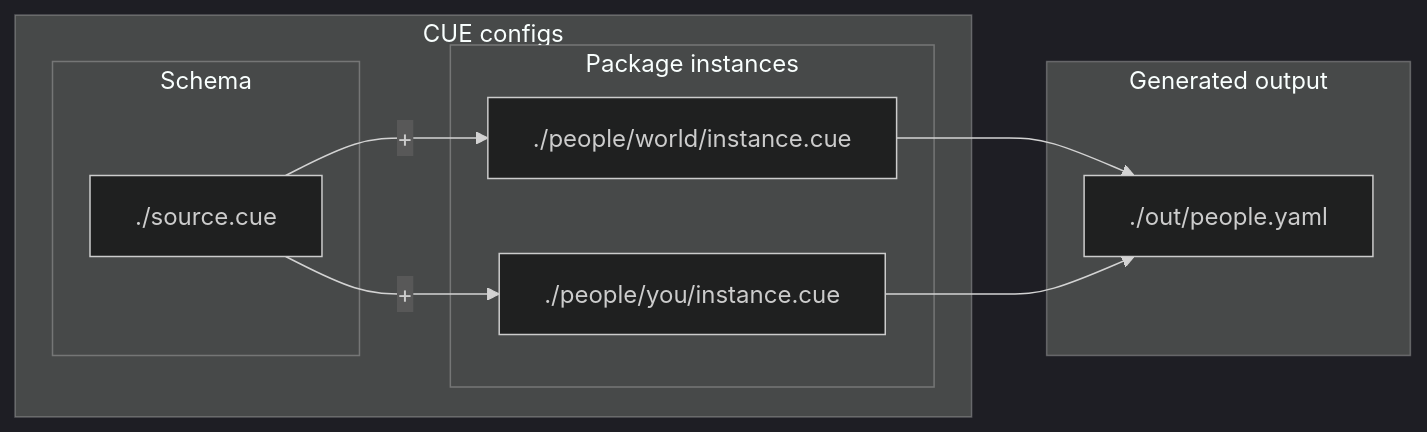
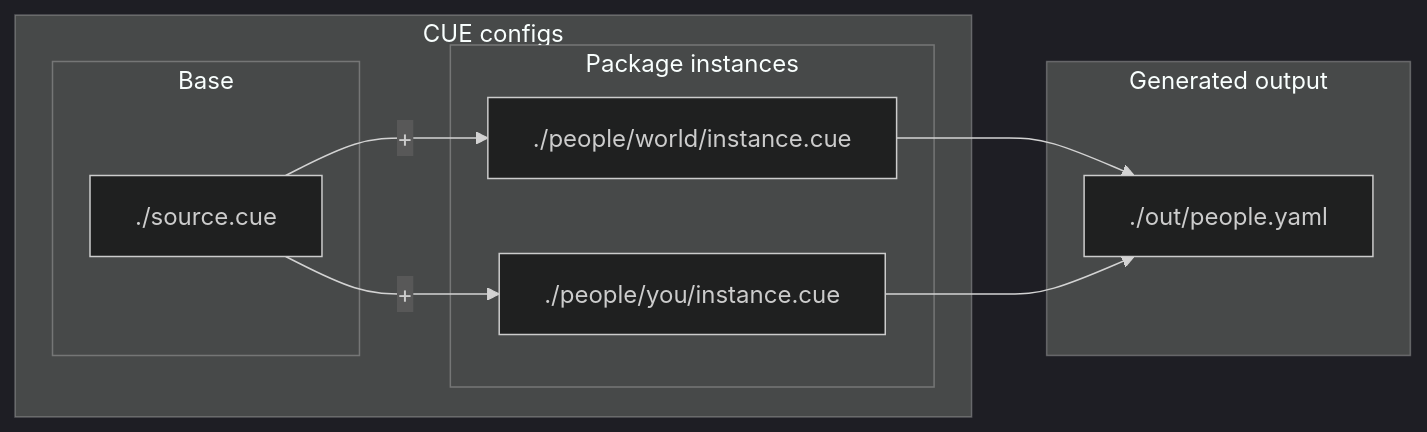
One commit to kodek/githubactions-cue-example changed the diagram in README.md. Above: the diagram before and after it, drawn with Mermaid (dark theme).

````diff
--- a/README.md
+++ b/README.md
@@ -5,16 +5,16 @@
 ```mermaid
 flowchart LR
   subgraph CUE configs
-    subgraph "Schema"
+    subgraph "Base"
       S[./source.cue]
     end
     subgraph "Package instances"
       S--"+"-->A[./people/world/instance.cue]
       S--"+"-->B[./people/you/instance.cue]
     end
   end
   subgraph "Generated output"
       A --> Y[./out/people.yaml]
       B --> Y
   end
 ```
````
